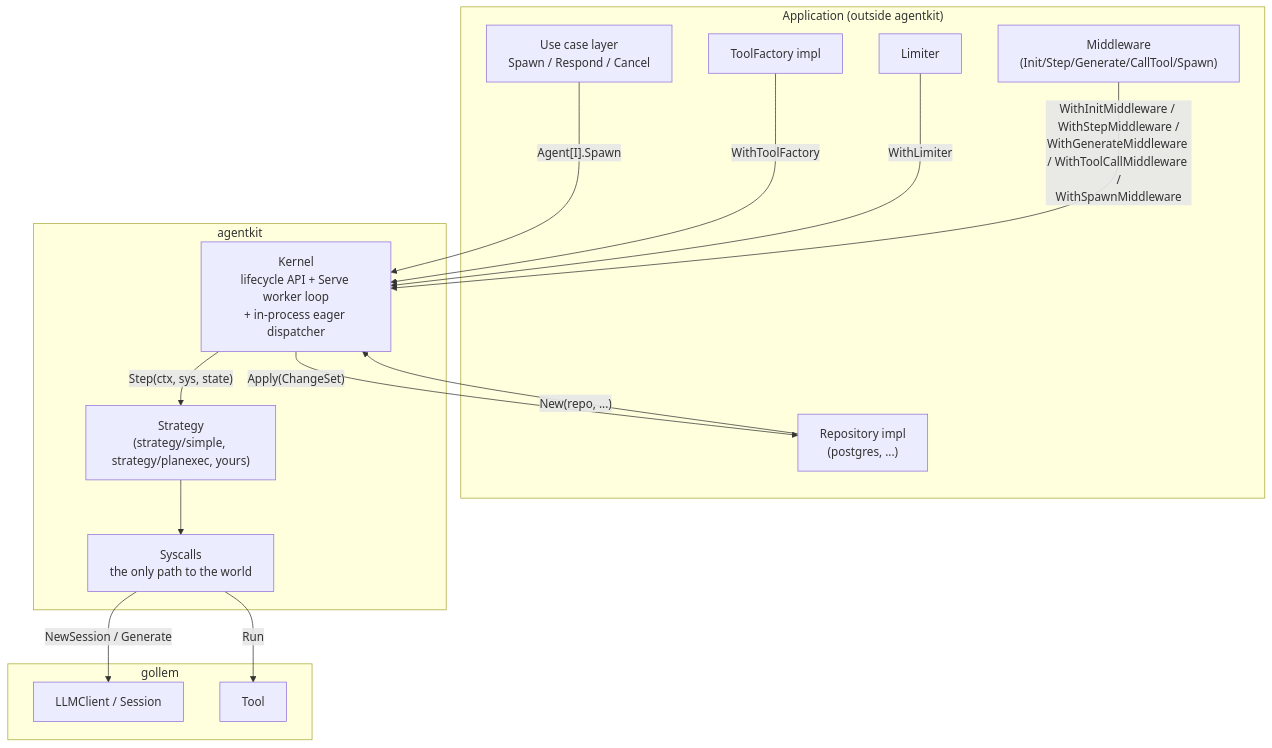
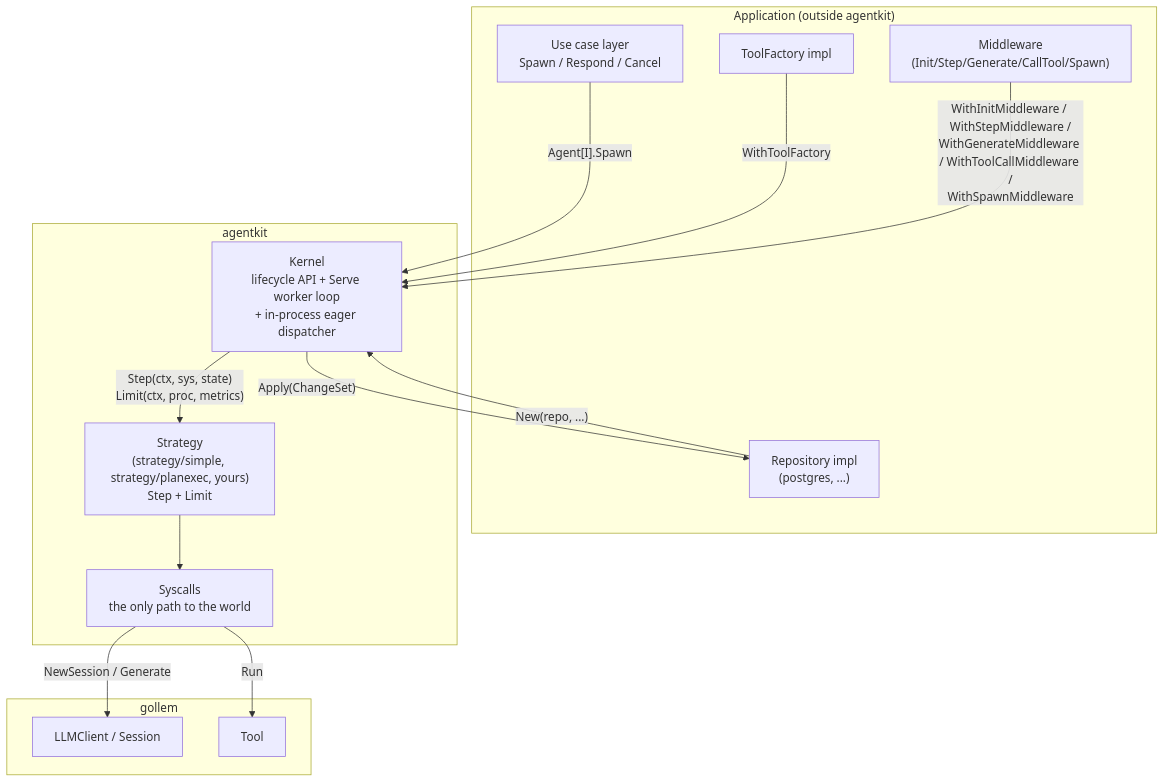
The first of 2 diagrams in docs/design/architecture.md (gollem-dev/agentkit), drawn with Mermaid before and after one commit. The commit also changed other lines of this file and 33 other files, not shown here.

Commit message:
refactor: execution limits move to a required Strategy.Limit method (#17)

````diff
--- a/docs/design/architecture.md
+++ b/docs/design/architecture.md
@@ -8,30 +8,28 @@
 ```mermaid
 graph TB
   subgraph app["Application (outside agentkit)"]
     UC["Use case layer<br/>Spawn / Respond / Cancel"]
     RP["Repository impl<br/>(postgres, ...)"]
     TF["ToolFactory impl"]
-    LM["Limiter"]
     MW["Middleware<br/>(Init/Step/Generate/CallTool/Spawn)"]
   end
   subgraph ak["agentkit"]
     K["Kernel<br/>lifecycle API + Serve worker loop<br/>+ in-process eager dispatcher"]
     SC["Syscalls<br/>the only path to the world"]
-    SG["Strategy<br/>(strategy/simple, strategy/planexec, yours)"]
+    SG["Strategy<br/>(strategy/simple, strategy/planexec, yours)<br/>Step + Limit"]
   end
   subgraph gollem["gollem"]
     LC["LLMClient / Session"]
     GT["Tool"]
   end
 
   UC -->|"Agent[I].Spawn"| K
   RP -->|"New(repo, ...)"| K
   TF -->|WithToolFactory| K
-  LM -->|WithLimiter| K
   MW -->|"WithInitMiddleware / WithStepMiddleware /<br/>WithGenerateMiddleware / WithToolCallMiddleware /<br/>WithSpawnMiddleware"| K
-  K -->|"Step(ctx, sys, state)"| SG
+  K -->|"Step(ctx, sys, state)<br/>Limit(ctx, proc, metrics)"| SG
   SG --> SC
   SC -->|NewSession / Generate| LC
   SC -->|Run| GT
   K -->|"Apply(ChangeSet)"| RP
 ```
````
